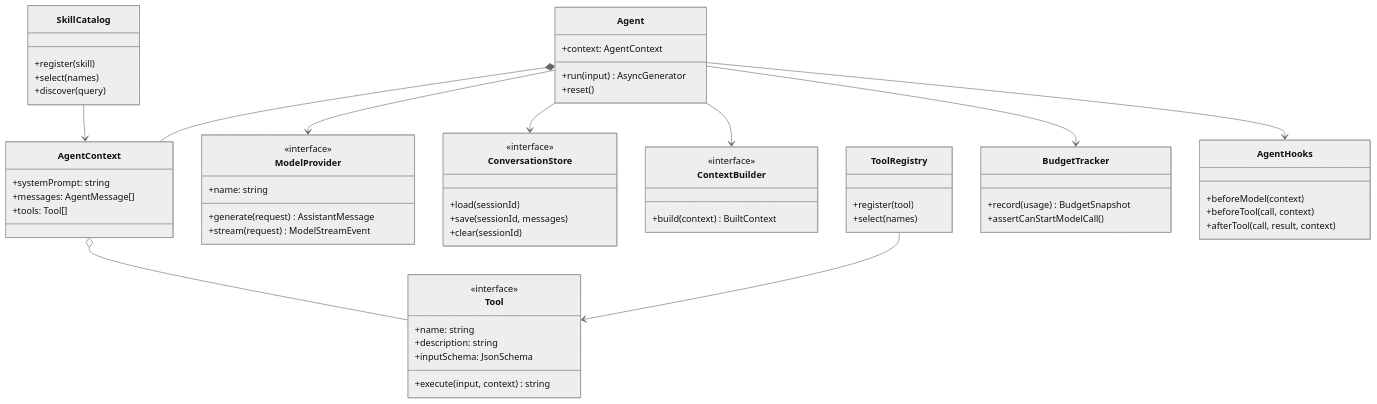
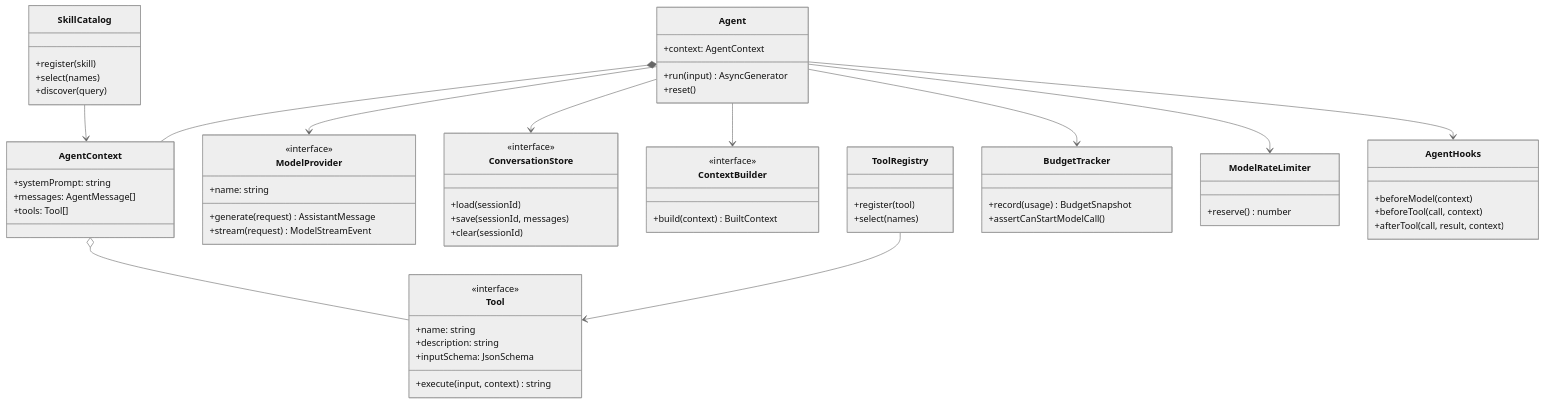
One commit to daiwk/building-agents-from-scratch changed the diagram in docs/architecture.md. Above: the diagram before and after it, drawn with Mermaid (neutral theme). The commit also changed 27 other files, not shown here.

Commit message:
add model request rate limiting

````diff
--- a/docs/architecture.md
+++ b/docs/architecture.md
@@ -5,64 +5,68 @@
 ```mermaid
 classDiagram
     class Agent {
       +context: AgentContext
       +run(input) AsyncGenerator
       +reset()
     }
     class AgentContext {
       +systemPrompt: string
       +messages: AgentMessage[]
       +tools: Tool[]
     }
     class ModelProvider {
       <<interface>>
       +name: string
       +generate(request) AssistantMessage
       +stream(request) ModelStreamEvent
     }
     class Tool {
       <<interface>>
       +name: string
       +description: string
       +inputSchema: JsonSchema
       +execute(input, context) string
     }
     class AgentHooks {
       +beforeModel(context)
       +beforeTool(call, context)
       +afterTool(call, result, context)
     }
     class ConversationStore {
       <<interface>>
       +load(sessionId)
       +save(sessionId, messages)
       +clear(sessionId)
     }
     class ToolRegistry {
       +register(tool)
       +select(names)
     }
     class SkillCatalog {
       +register(skill)
       +select(names)
       +discover(query)
     }
     class ContextBuilder {
       <<interface>>
       +build(context) BuiltContext
     }
     class BudgetTracker {
       +record(usage) BudgetSnapshot
       +assertCanStartModelCall()
     }
+    class ModelRateLimiter {
+      +reserve() number
+    }
 
     Agent *-- AgentContext
     Agent --> ModelProvider
     Agent --> ConversationStore
     Agent --> ContextBuilder
     Agent --> BudgetTracker
+    Agent --> ModelRateLimiter
     AgentContext o-- Tool
     Agent --> AgentHooks
     ToolRegistry --> Tool
     SkillCatalog --> AgentContext
 ```
````
